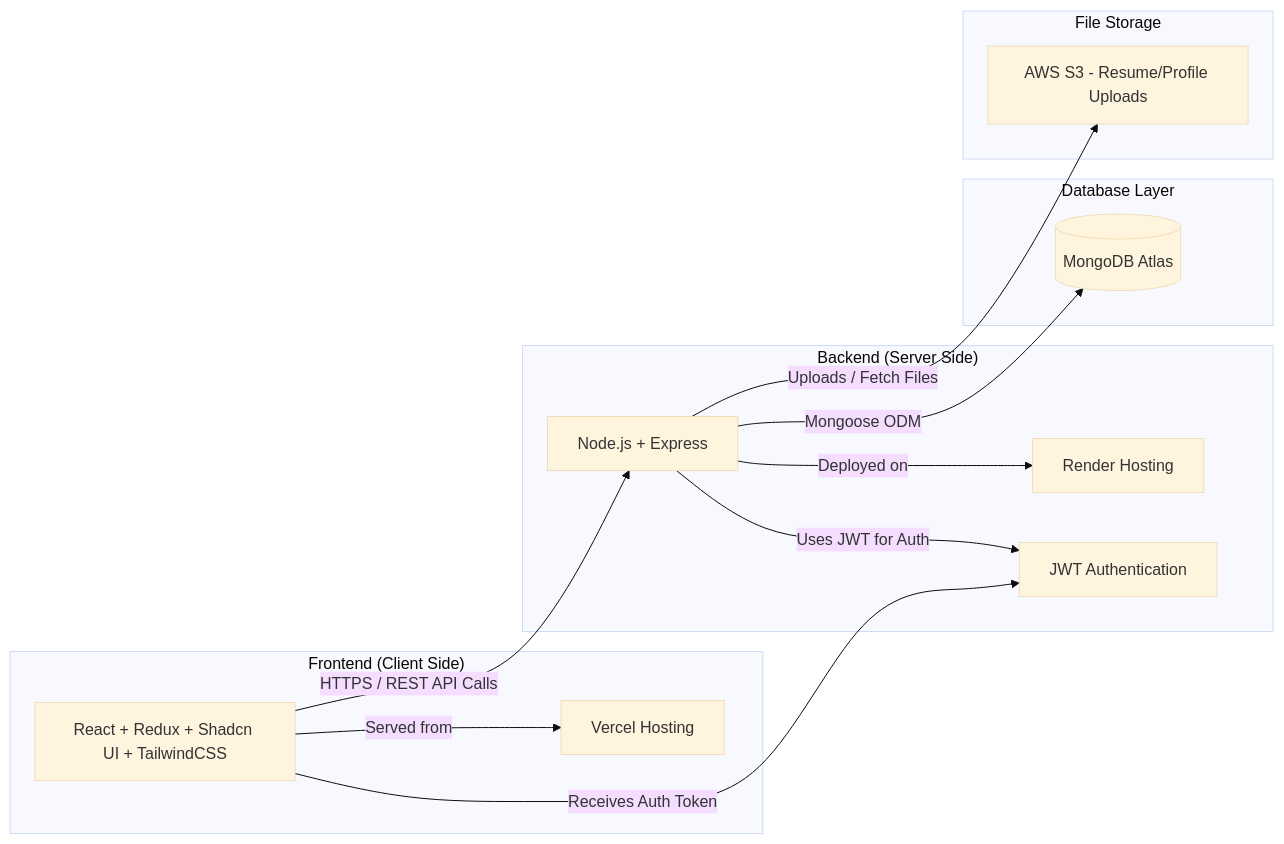
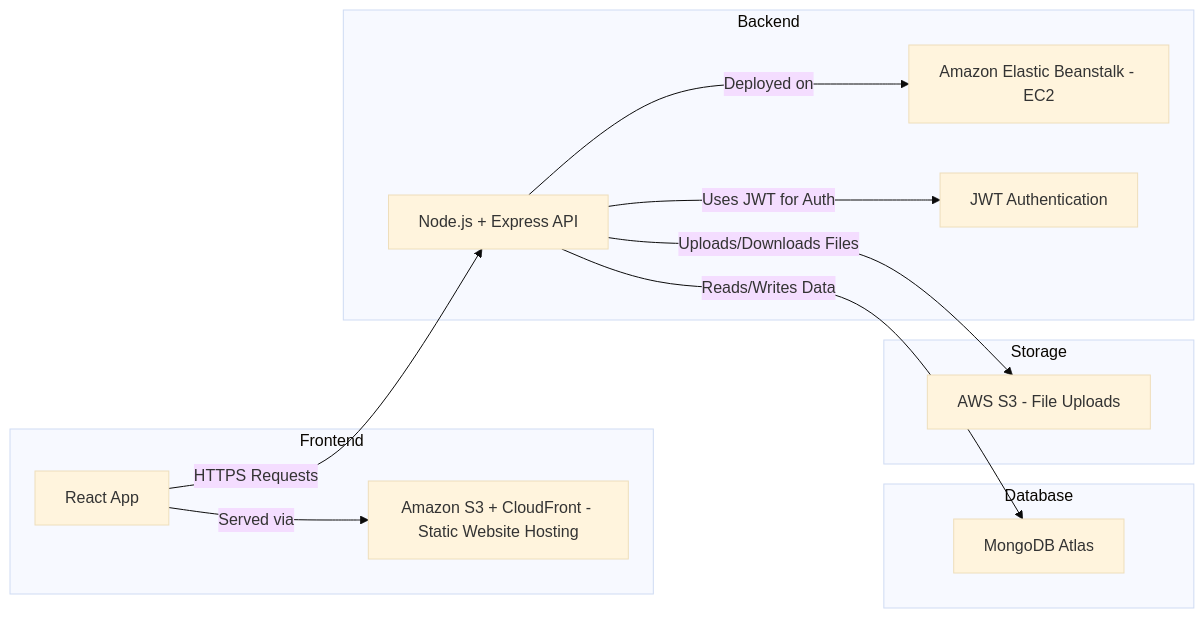
The diagram in docs/system_architecture.md (kamlesh-chandel/job-portal-app-mkdocs), drawn with Mermaid (base theme) before and after one commit. The commit also changed other lines of this file and 5 other files, not shown here.

Commit message:
docs: add data flow and system architecture diagram

````diff
--- a/docs/system_architecture.md
+++ b/docs/system_architecture.md
@@ -11,38 +11,33 @@
 ```mermaid
 graph LR
-    %% Define directions
-    direction LR
-
-    %% Frontend Section
-    subgraph "Frontend (Client Side)"
-        A[React + Redux + Shadcn UI + TailwindCSS]
-        AV[Vercel Hosting]
+    %% Frontend
+    subgraph "Frontend"
+        A[React App]
+        S3FE[Amazon S3 + CloudFront - Static Website Hosting]
     end
 
-    %% Backend Section
-    subgraph "Backend (Server Side)"
-        B[Node.js + Express]
-        BR[Render Hosting]
+    %% Backend
+    subgraph "Backend"
+        B[Node.js + Express API]
+        EB[Amazon Elastic Beanstalk - EC2]
         J[JWT Authentication]
     end
 
-    %% Database Section
-    subgraph "Database Layer"
-        C[(MongoDB Atlas)]
+    %% Database
+    subgraph "Database"
+        C[MongoDB Atlas]
     end
 
-    %% File Storage Section
-    subgraph "File Storage"
-        S3[AWS S3 - Resume/Profile Uploads]
+    %% File Storage
+    subgraph "Storage"
+        S3[AWS S3 - File Uploads]
     end
 
     %% Relationships
-    A -->|HTTPS / REST API Calls| B
-    A -->|Served from| AV
-    B -->|Deployed on| BR
+    A -->|HTTPS Requests| B
+    A -->|Served via| S3FE
+    B -->|Deployed on| EB
     B -->|Uses JWT for Auth| J
-    B -->|Mongoose ODM| C
-    B -->|Uploads / Fetch Files| S3
-    A -->|Receives Auth Token| J
-
+    B -->|Reads/Writes Data| C
+    B -->|Uploads/Downloads Files| S3
 ```
````
